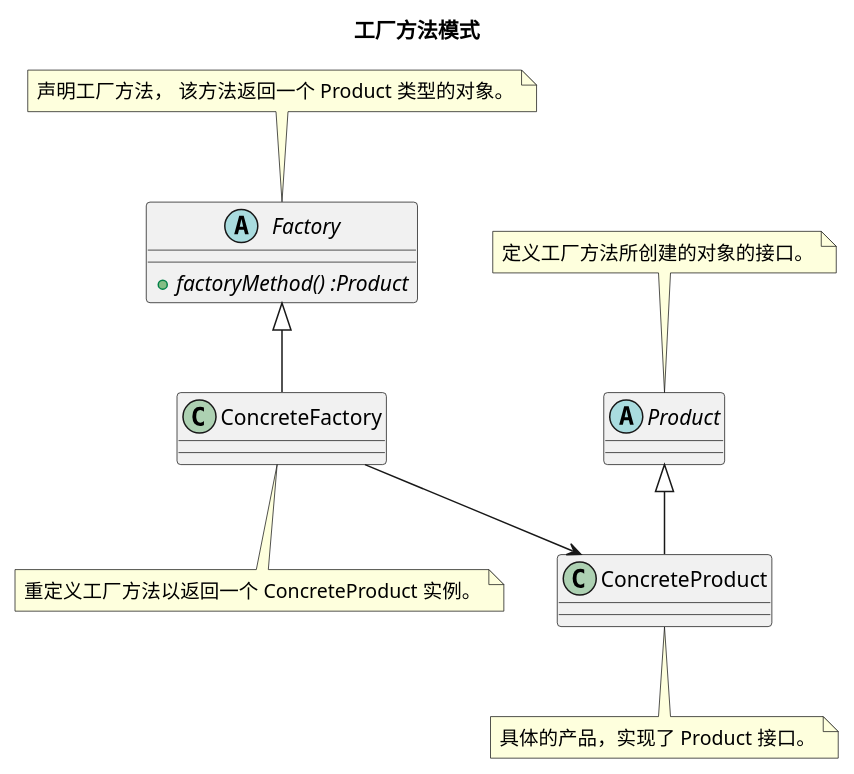
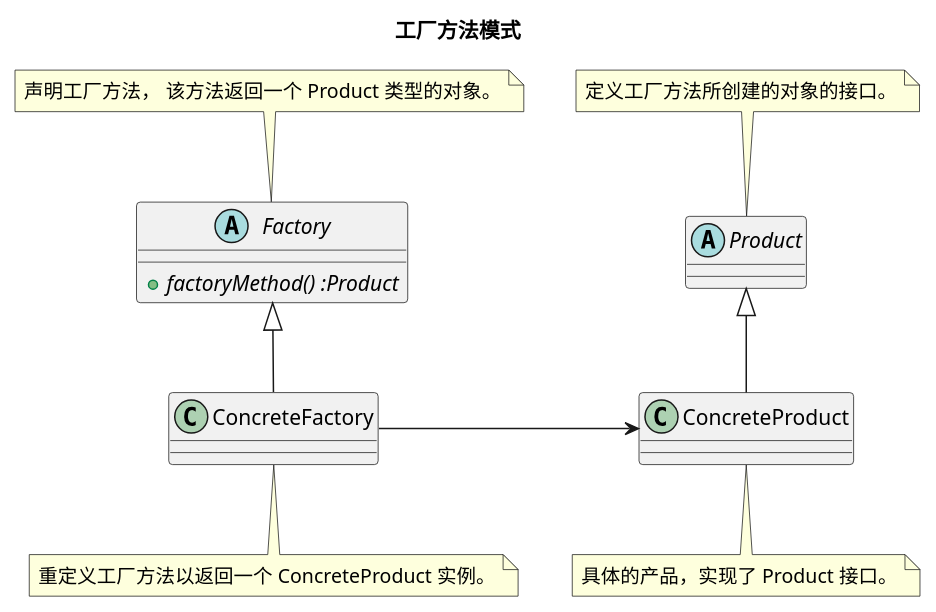
The diagram in puml/factory-method.puml (diguage/deep-in-design-patterns), drawn with PlantUML before and after one commit. The commit also changed 9 other files, not shown here.

```diff
--- a/puml/factory-method.puml
+++ b/puml/factory-method.puml
@@ -1,26 +1,26 @@
 @startuml
 
 title <b>工厂方法模式</b>
 
 abstract class Product {
 }
 note top: 定义工厂方法所创建的对象的接口。
 
 class ConcreteProduct {
 }
 note bottom: 具体的产品，实现了 Product 接口。
 
 abstract class Factory {
   + {abstract} factoryMethod() :Product
 }
 note top: 声明工厂方法， 该方法返回一个 Product 类型的对象。
 
 class ConcreteFactory {
 }
 note bottom: 重定义工厂方法以返回一个 ConcreteProduct 实例。
 
 Product <|-- ConcreteProduct
 Factory <|-- ConcreteFactory
-ConcreteFactory --> ConcreteProduct
+ConcreteFactory -right-> ConcreteProduct
 
 @enduml
```
